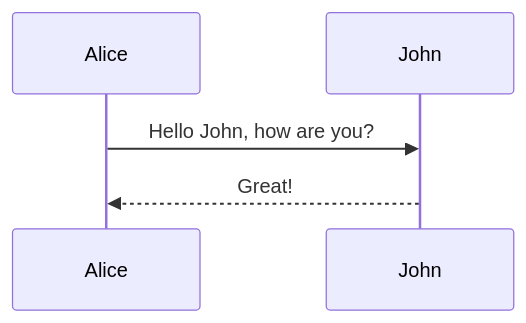
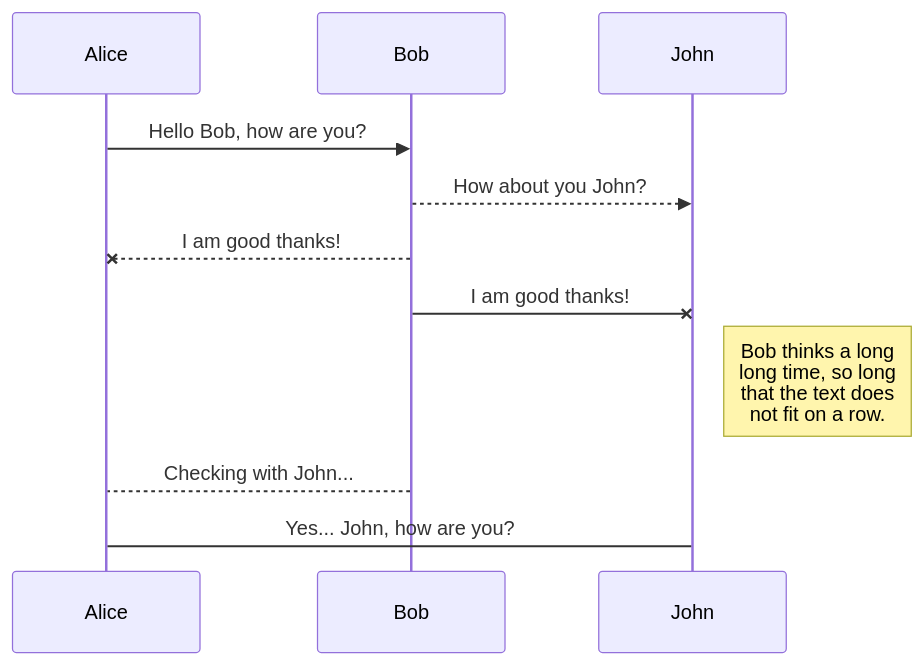
Before and after one commit to mborne/markdown-to-html: the diagram in sample/index.md, drawn with Mermaid. The commit also changed other lines of this file and 6 other files, not shown here.

````diff
--- a/sample/index.md
+++ b/sample/index.md
@@ -29,5 +29,11 @@
 ```mermaid
 sequenceDiagram
-    Alice->>John: Hello John, how are you?
-    John-->>Alice: Great!
+    Alice ->> Bob: Hello Bob, how are you?
+    Bob-->>John: How about you John?
+    Bob--x Alice: I am good thanks!
+    Bob-x John: I am good thanks!
+    Note right of John: Bob thinks a long<br/>long time, so long<br/>that the text does<br/>not fit on a row.
+
+    Bob-->Alice: Checking with John...
+    Alice->John: Yes... John, how are you?
 ```
````
